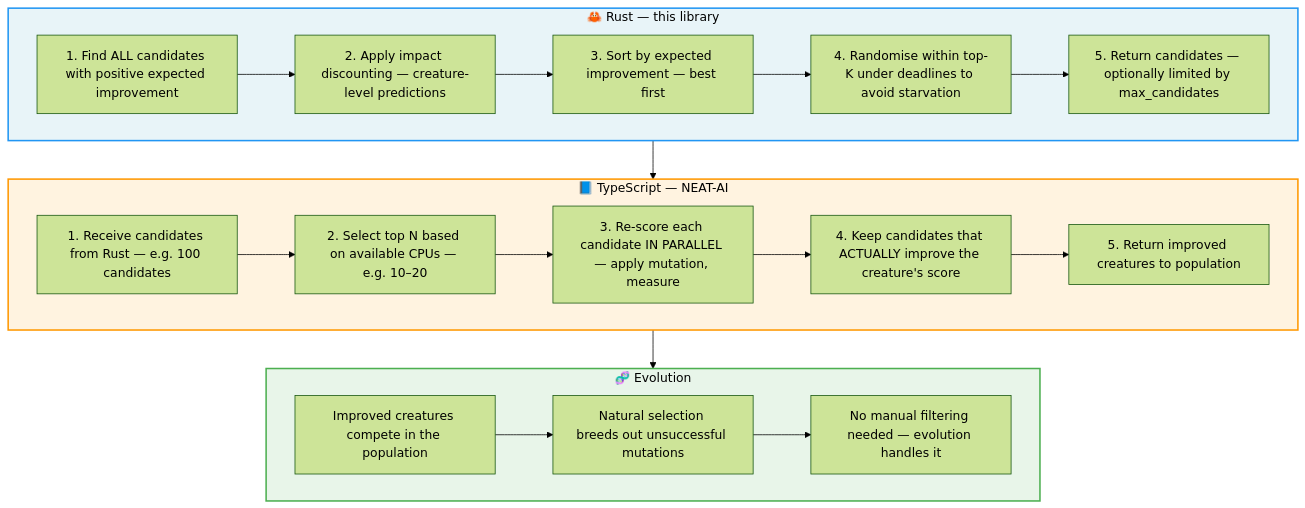
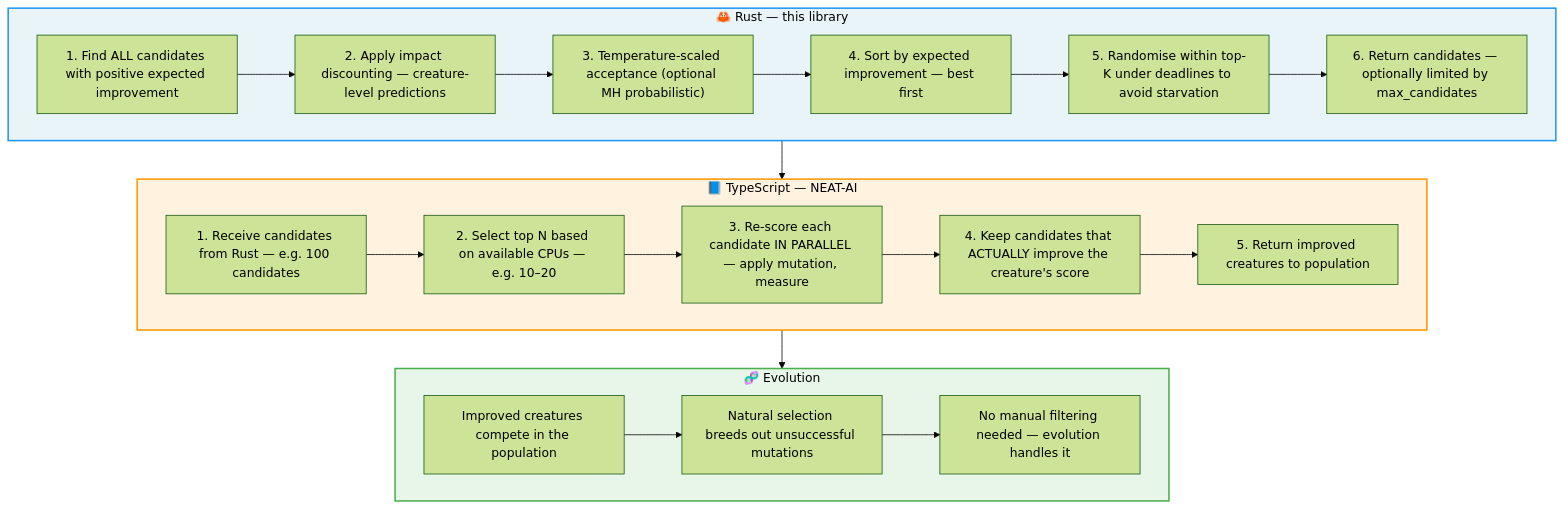
One commit to stSoftwareAU/NEAT-AI-Discovery changed the diagram in README.md. Above: the diagram before and after it, drawn with Mermaid (forest theme). The commit also changed other lines of this file and 21 other files, not shown here.

````diff
--- a/README.md
+++ b/README.md
@@ -132,33 +133,34 @@
 ```mermaid
 flowchart TD
     subgraph RUST["🦀 Rust — this library"]
         R1["1. Find ALL candidates with positive expected improvement"]
         R2["2. Apply impact discounting — creature-level predictions"]
-        R3["3. Sort by expected improvement — best first"]
-        R4["4. Randomise within top-K under deadlines to avoid starvation"]
-        R5["5. Return candidates — optionally limited by max_candidates"]
-        R1 --> R2 --> R3 --> R4 --> R5
+        R3["3. Temperature-scaled acceptance (optional MH probabilistic)"]
+        R4["4. Sort by expected improvement — best first"]
+        R5["5. Randomise within top-K under deadlines to avoid starvation"]
+        R6["6. Return candidates — optionally limited by max_candidates"]
+        R1 --> R2 --> R3 --> R4 --> R5 --> R6
     end
 
     subgraph TS["📘 TypeScript — NEAT-AI"]
         T1["1. Receive candidates from Rust — e.g. 100 candidates"]
         T2["2. Select top N based on available CPUs — e.g. 10–20"]
         T3["3. Re-score each candidate IN PARALLEL — apply mutation, measure"]
         T4["4. Keep candidates that ACTUALLY improve the creature's score"]
         T5["5. Return improved creatures to population"]
         T1 --> T2 --> T3 --> T4 --> T5
     end
 
     subgraph EVO["🧬 Evolution"]
         E1["Improved creatures compete in the population"]
         E2["Natural selection breeds out unsuccessful mutations"]
         E3["No manual filtering needed — evolution handles it"]
         E1 --> E2 --> E3
     end
 
     RUST --> TS --> EVO
 
     style RUST fill:#e8f4f8,stroke:#2196F3,stroke-width:2px,color:#000
     style TS fill:#fff3e0,stroke:#FF9800,stroke-width:2px,color:#000
     style EVO fill:#e8f5e9,stroke:#4CAF50,stroke-width:2px,color:#000
 ```
````
